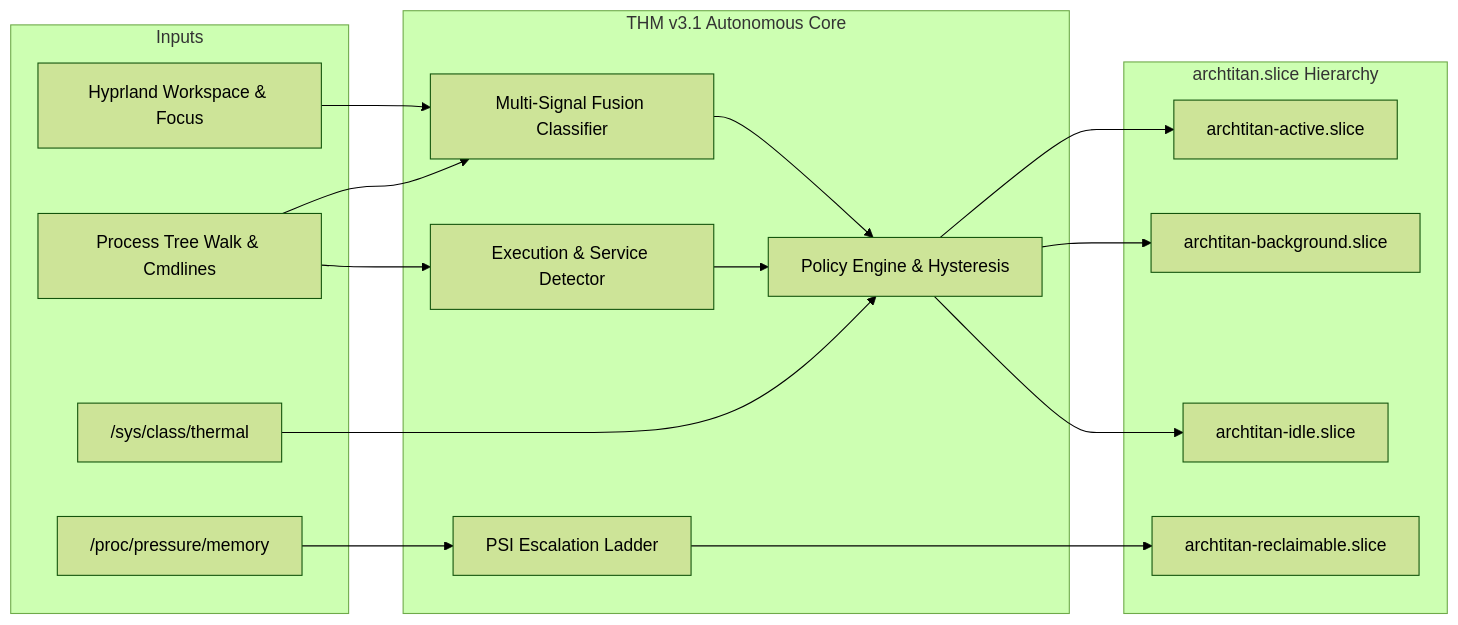
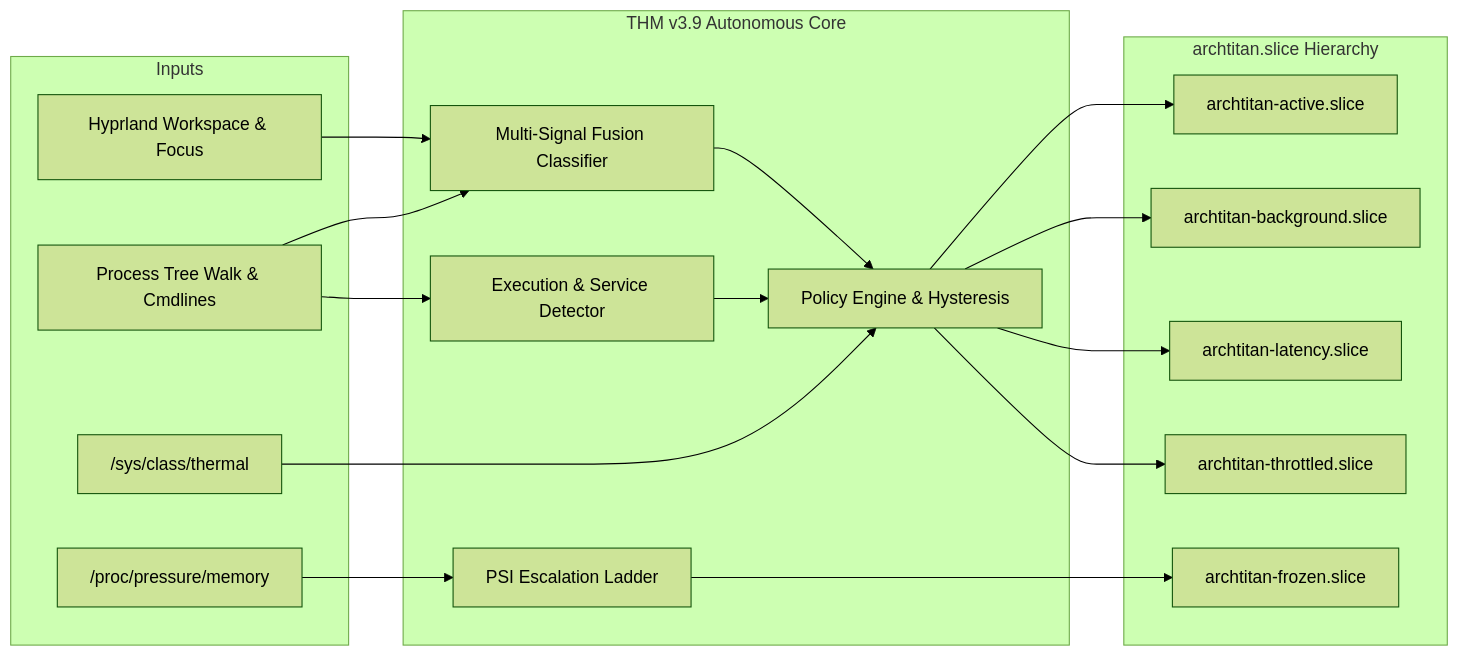
One commit to GitGuru29/ArchTitan-OS changed the third of 4 diagrams in wiki/Architecture.md. Above: the diagram before and after it, drawn with Mermaid (forest theme). The commit also changed other lines of this file and 8 other files, not shown here.

````diff
--- a/wiki/Architecture.md
+++ b/wiki/Architecture.md
@@ -105,35 +105,37 @@
 ```mermaid
 flowchart LR
     subgraph Inputs
         WS[Hyprland Workspace & Focus]
         PROC[Process Tree Walk & Cmdlines]
         PSI["/proc/pressure/memory"]
         TH["/sys/class/thermal"]
     end
 
-    subgraph THM["THM v3.1 Autonomous Core"]
+    subgraph THM["THM v3.9 Autonomous Core"]
         CLS[Multi-Signal Fusion Classifier]
         DET[Execution & Service Detector]
         POL[Policy Engine & Hysteresis]
         ESC[PSI Escalation Ladder]
     end
 
     subgraph Slices["archtitan.slice Hierarchy"]
         ACT[archtitan-active.slice]
         BG[archtitan-background.slice]
-        IDLE[archtitan-idle.slice]
-        REC[archtitan-reclaimable.slice]
+        LAT[archtitan-latency.slice]
+        THR[archtitan-throttled.slice]
+        FRZ[archtitan-frozen.slice]
     end
 
     WS --> CLS
     PROC --> CLS
     PROC --> DET
     CLS --> POL
     DET --> POL
     PSI --> ESC
     POL --> ACT
+    POL --> LAT
     POL --> BG
-    POL --> IDLE
-    ESC --> REC
+    POL --> THR
+    ESC --> FRZ
     TH --> POL
 ```
````
